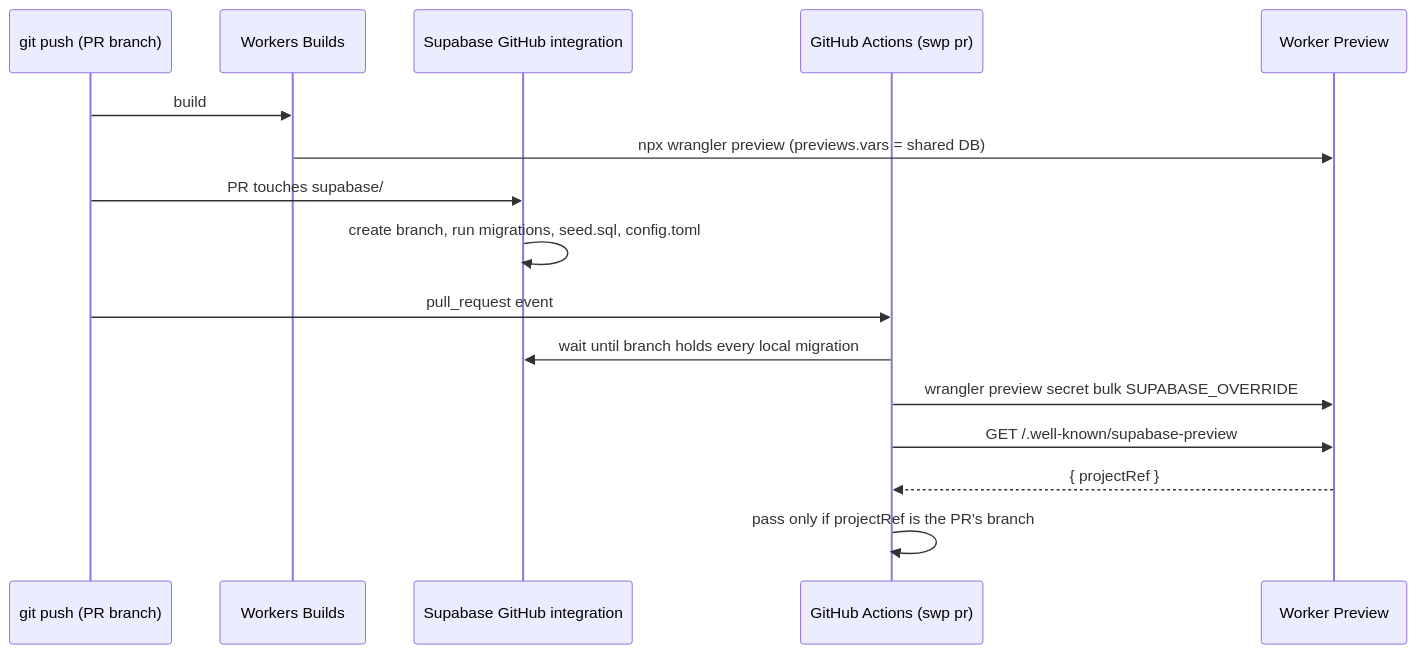
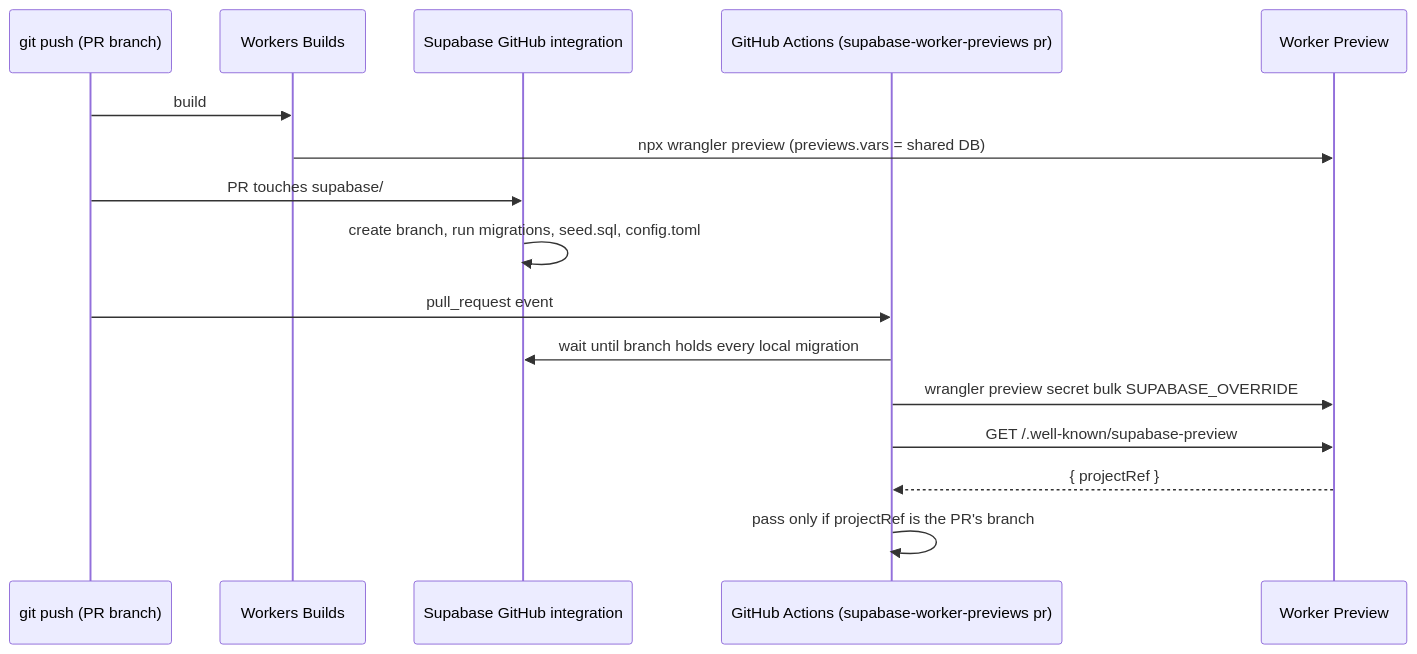
The diagram in docs/how-it-works.md (mattruby/supabase-worker-previews), drawn with Mermaid before and after one commit. The commit also changed other lines of this file and 43 other files, not shown here.

First line of the commit message:
Drop the swp name: the CLI is supabase-worker-previews only

````diff
--- a/docs/how-it-works.md
+++ b/docs/how-it-works.md
@@ -16,18 +16,18 @@
 ```mermaid
 sequenceDiagram
   participant Dev as git push (PR branch)
   participant WB as Workers Builds
   participant SB as Supabase GitHub integration
-  participant GA as GitHub Actions (swp pr)
+  participant GA as GitHub Actions (supabase-worker-previews pr)
   participant P as Worker Preview
   Dev->>WB: build
   WB->>P: npx wrangler preview (previews.vars = shared DB)
   Dev->>SB: PR touches supabase/
   SB->>SB: create branch, run migrations, seed.sql, config.toml
   Dev->>GA: pull_request event
   GA->>SB: wait until branch holds every local migration
   GA->>P: wrangler preview secret bulk SUPABASE_OVERRIDE
   GA->>P: GET /.well-known/supabase-preview
   P-->>GA: { projectRef }
   GA->>GA: pass only if projectRef is the PR's branch
 ```
````
